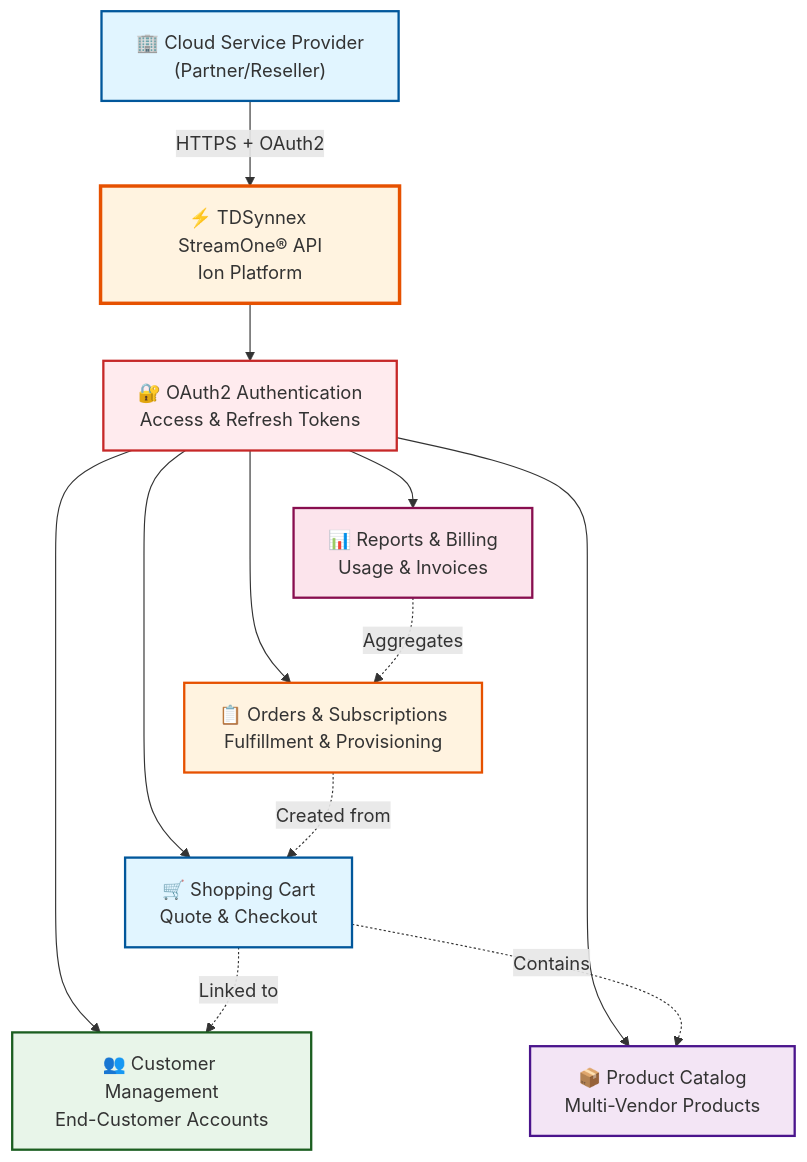
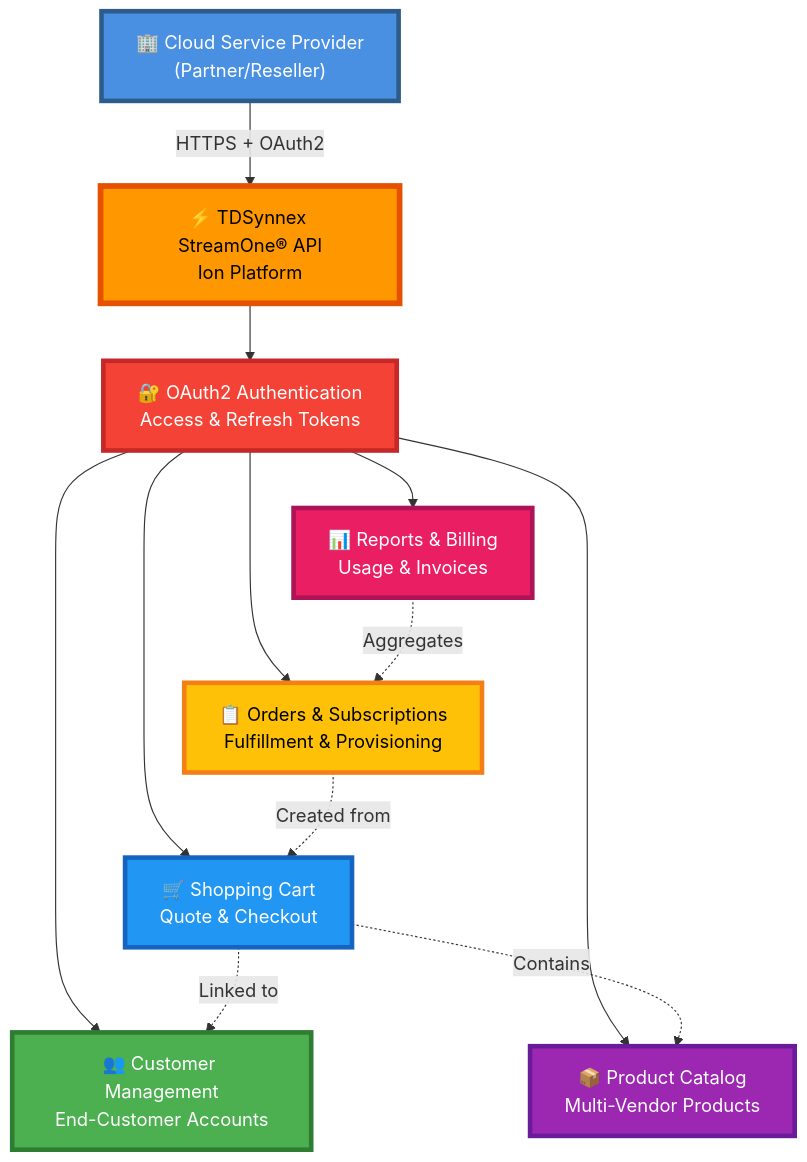
Before and after one commit to ZELA2000/Also-TDSynnex-Trend: the first of 4 diagrams in TDSynnex/DOC/README.md, drawn with Mermaid. The commit also changed other lines of this file and 11 other files, not shown here.

Commit message:
style: Update diagram styles across documentation for improved clarity and consistency

````diff
--- a/TDSynnex/DOC/README.md
+++ b/TDSynnex/DOC/README.md
@@ -34,36 +34,36 @@
 ```mermaid
 graph TB
     Partner["🏢 Cloud Service Provider<br/>(Partner/Reseller)"]
     
     API["⚡ TDSynnex StreamOne® API<br/>Ion Platform"]
     
     OAuth["🔐 OAuth2 Authentication<br/>Access & Refresh Tokens"]
     Customers["👥 Customer Management<br/>End-Customer Accounts"]
     Catalog["📦 Product Catalog<br/>Multi-Vendor Products"]
     Cart["🛒 Shopping Cart<br/>Quote & Checkout"]
     Orders["📋 Orders & Subscriptions<br/>Fulfillment & Provisioning"]
     Reports["📊 Reports & Billing<br/>Usage & Invoices"]
     
     Partner -->|HTTPS + OAuth2| API
     
     API --> OAuth
     OAuth --> Customers
     OAuth --> Catalog
     OAuth --> Cart
     OAuth --> Orders
     OAuth --> Reports
     
     Cart -.->|Linked to| Customers
     Cart -.->|Contains| Catalog
     Orders -.->|Created from| Cart
     Reports -.->|Aggregates| Orders
     
-    style Partner fill:#e1f5ff,stroke:#01579b,stroke-width:2px
-    style API fill:#fff3e0,stroke:#e65100,stroke-width:3px
-    style OAuth fill:#ffebee,stroke:#c62828,stroke-width:2px
-    style Customers fill:#e8f5e9,stroke:#1b5e20,stroke-width:2px
-    style Catalog fill:#f3e5f5,stroke:#4a148c,stroke-width:2px
-    style Cart fill:#e1f5ff,stroke:#01579b,stroke-width:2px
-    style Orders fill:#fff3e0,stroke:#e65100,stroke-width:2px
-    style Reports fill:#fce4ec,stroke:#880e4f,stroke-width:2px
+    style Partner fill:#4A90E2,stroke:#2E5C8A,stroke-width:4px,color:#fff
+    style API fill:#FF9800,stroke:#E65100,stroke-width:5px,color:#000
+    style OAuth fill:#F44336,stroke:#C62828,stroke-width:4px,color:#fff
+    style Customers fill:#4CAF50,stroke:#2E7D32,stroke-width:4px,color:#fff
+    style Catalog fill:#9C27B0,stroke:#6A1B9A,stroke-width:4px,color:#fff
+    style Cart fill:#2196F3,stroke:#1565C0,stroke-width:4px,color:#fff
+    style Orders fill:#FFC107,stroke:#F57F17,stroke-width:4px,color:#000
+    style Reports fill:#E91E63,stroke:#AD1457,stroke-width:4px,color:#fff
 ```
````
